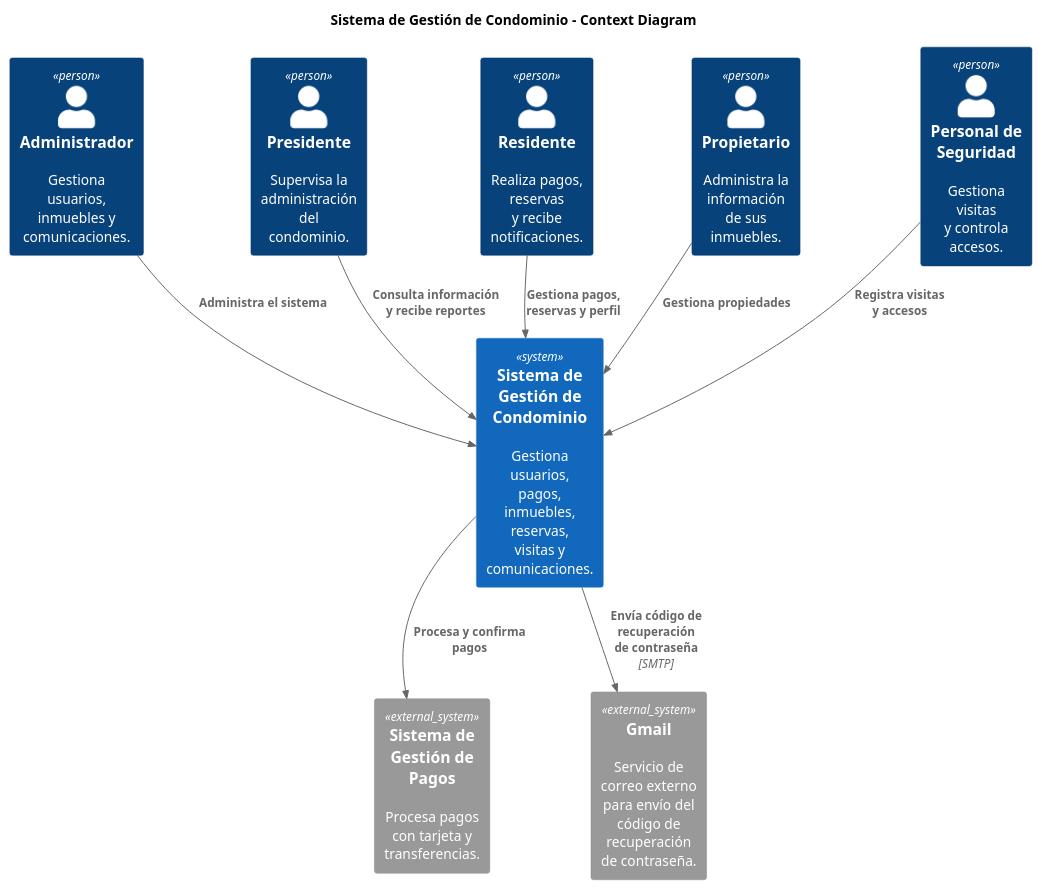
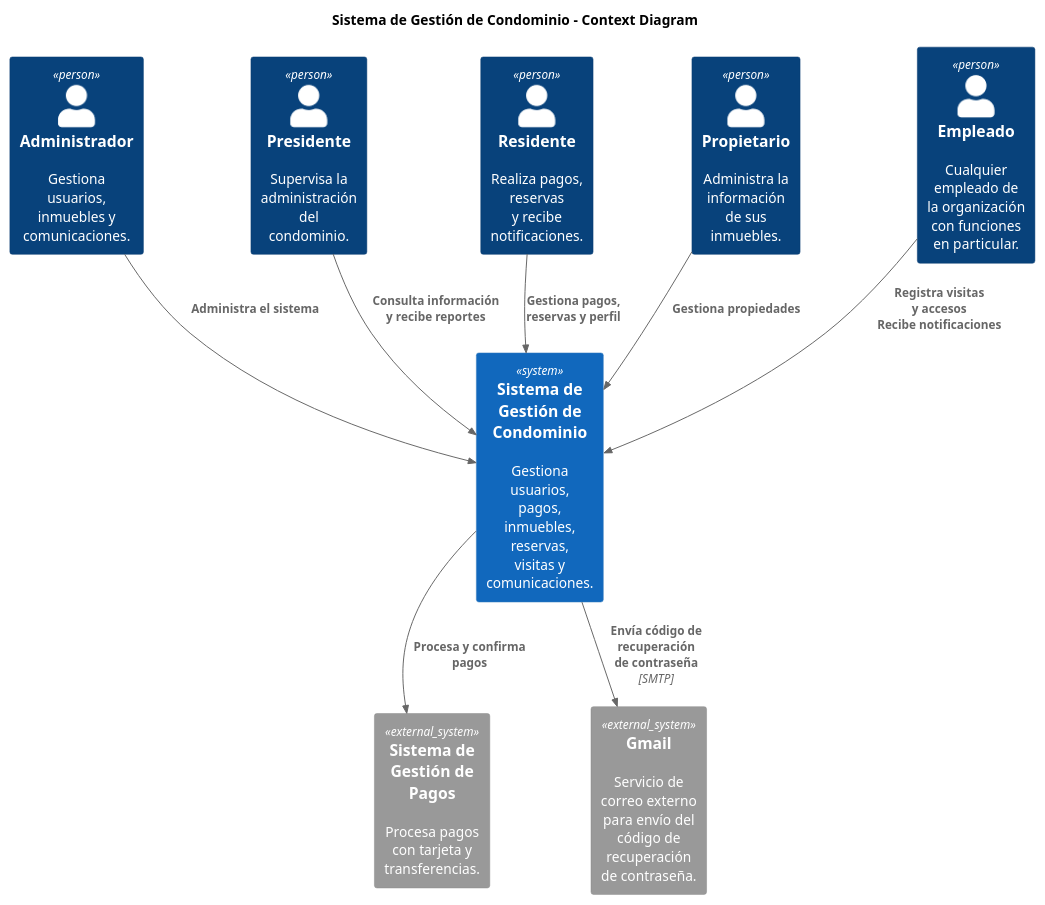
One commit to richardriverag/Condominio26 changed the diagram in docs/c4/SYS/context_diagram.puml. Above: the diagram before and after it, drawn with PlantUML. The commit also changed 3 other files, not shown here.

Commit message:
doc: Actualizados los casos de uso y los diagramas C4

```diff
--- a/docs/c4/SYS/context_diagram.puml
+++ b/docs/c4/SYS/context_diagram.puml
@@ -1,31 +1,31 @@
 @startuml C4_Context_Diagram
 
 !include ../../libs/c4/C4_Context.puml
 
 title Sistema de Gestión de Condominio - Context Diagram
 
 skinparam wrapWidth 100
 
 skinparam nodesep 100
 skinparam ranksep 40
 
 Person(admin, "Administrador", "Gestiona usuarios,\ninmuebles y comunicaciones.")
 Person(president, "Presidente", "Supervisa la administración\ndel condominio.")
 Person(resident, "Residente", "Realiza pagos, reservas\ny recibe notificaciones.")
 Person(owner, "Propietario", "Administra la información\nde sus inmuebles.")
-Person(security, "Personal de Seguridad", "Gestiona visitas\ny controla accesos.")
+Person(security, "Empleado", "Cualquier empleado de la organización con funciones en particular.")
 
 System(condominio_sys, "Sistema de Gestión de Condominio", "Gestiona usuarios, pagos,\ninmuebles, reservas, visitas y comunicaciones.")
 System_Ext(payment_sys, "Sistema de Gestión de Pagos", "Procesa pagos con tarjeta y transferencias.")
 System_Ext(gmail_sys, "Gmail", "Servicio de correo externo para envío del código de recuperación de contraseña.")
 
 Rel(admin, condominio_sys, "Administra el sistema")
 Rel(president, condominio_sys, "Consulta información\ny recibe reportes")
 Rel(resident, condominio_sys, "Gestiona pagos,\nreservas y perfil")
 Rel(owner, condominio_sys, "Gestiona propiedades")
-Rel(security, condominio_sys, "Registra visitas\ny accesos")
+Rel(security, condominio_sys, "Registra visitas\ny accesos\nRecibe notificaciones")
 
 Rel(condominio_sys, payment_sys, "Procesa y confirma pagos")
 Rel(condominio_sys, gmail_sys, "Envía código de recuperación\nde contraseña", "SMTP")
 
 @enduml
```
